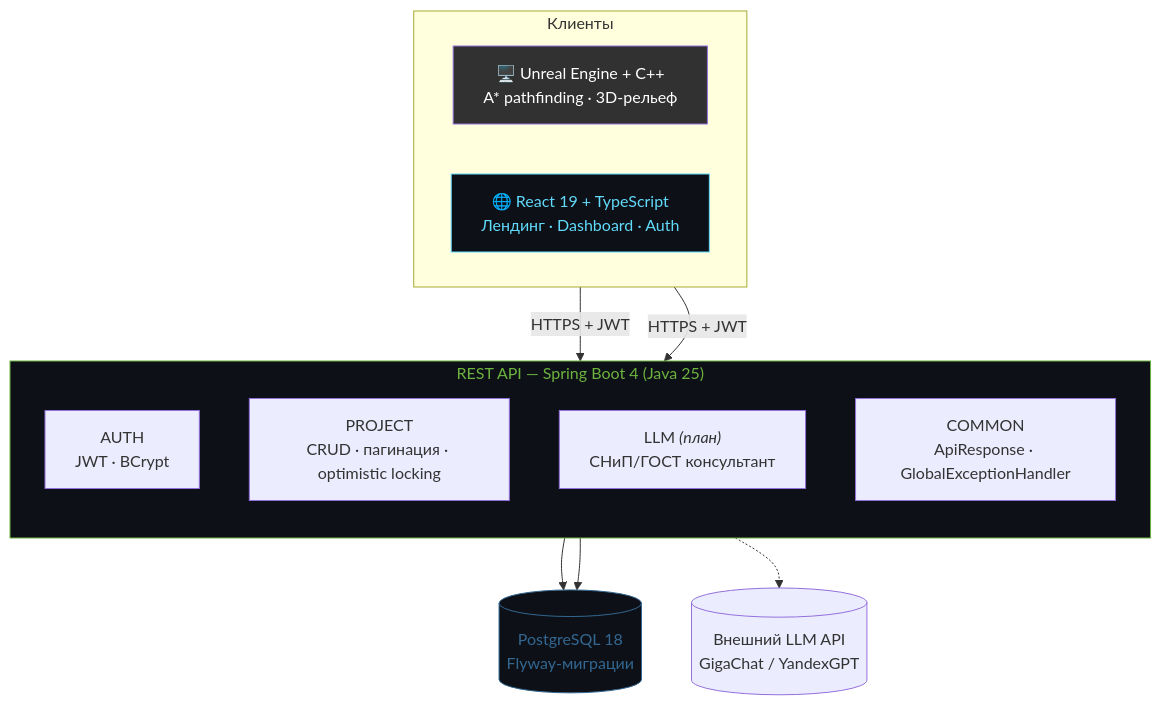
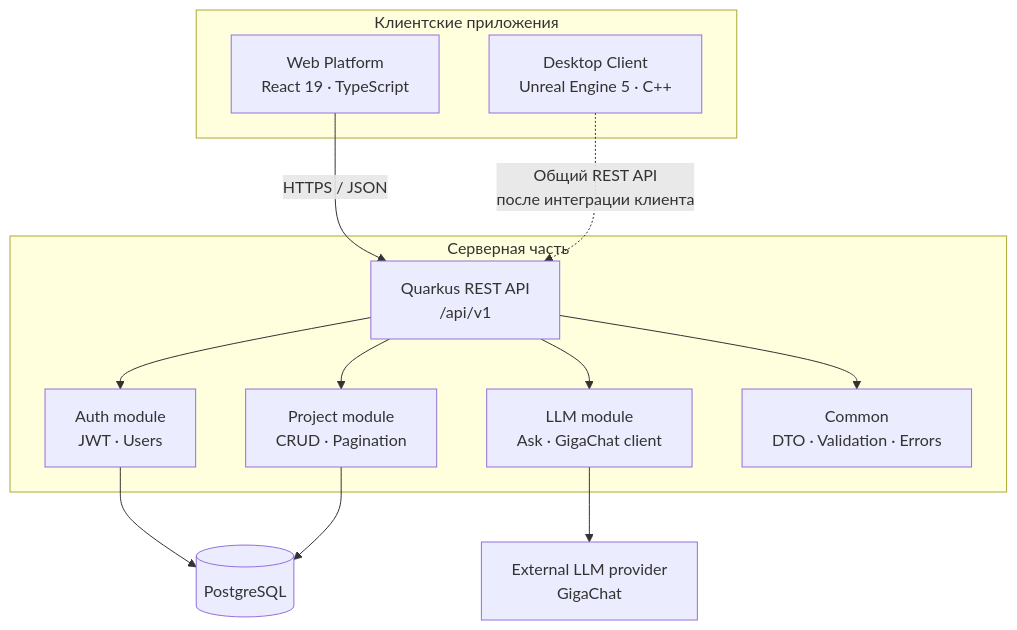
The first of 4 diagrams in README.md (xxGonzalesxx/RailOptima), drawn with Mermaid before and after one commit. The commit also changed other lines of this file, not shown here.

````diff
--- a/README.md
+++ b/README.md
@@ -39,30 +127,28 @@
 ```mermaid
 flowchart TB
-    subgraph Clients["Клиенты"]
-        direction LR
-        Unreal["🖥️ Unreal Engine + C++<br/>A* pathfinding · 3D-рельеф"]
-        Web["🌐 React 19 + TypeScript<br/>Лендинг · Dashboard · Auth"]
+    subgraph CLIENTS[Клиентские приложения]
+        WEB["Web Platform<br/>React 19 · TypeScript"]
+        DESKTOP["Desktop Client<br/>Unreal Engine 5 · C++"]
     end
 
-    subgraph API["REST API — Spring Boot 4 (Java 25)"]
-        direction TB
-        Auth["AUTH<br/>JWT · BCrypt"]
-        Project["PROJECT<br/>CRUD · пагинация · optimistic locking"]
-        LLM["LLM <i>(план)</i><br/>СНиП/ГОСТ консультант"]
-        Common["COMMON<br/>ApiResponse · GlobalExceptionHandler"]
+    subgraph SERVER[Серверная часть]
+        API["Quarkus REST API<br/>/api/v1"]
+        AUTH["Auth module<br/>JWT · Users"]
+        PROJECTS["Project module<br/>CRUD · Pagination"]
+        LLM["LLM module<br/>Ask · GigaChat client"]
+        COMMON["Common<br/>DTO · Validation · Errors"]
     end
 
-    DB[("PostgreSQL 18<br/>Flyway-миграции")]
-    External[("Внешний LLM API<br/>GigaChat / YandexGPT")]
+    DB[("PostgreSQL")]
+    PROVIDER["External LLM provider<br/>GigaChat"]
 
-    Unreal -->|HTTPS + JWT| API
-    Web -->|HTTPS + JWT| API
-    Auth --> DB
-    Project --> DB
-    LLM -.-> External
-
-    style Unreal fill:#313131,color:#fff
-    style Web fill:#0d1117,color:#61DAFB,stroke:#61DAFB
-    style API fill:#0d1117,color:#6DB33F,stroke:#6DB33F
-    style DB fill:#0d1117,color:#336791,stroke:#336791
+    WEB -->|"HTTPS / JSON"| API
+    DESKTOP -.->|"Общий REST API<br/>после интеграции клиента"| API
+    API --> AUTH
+    API --> PROJECTS
+    API --> LLM
+    API --> COMMON
+    AUTH --> DB
+    PROJECTS --> DB
+    LLM --> PROVIDER
 ```
````
